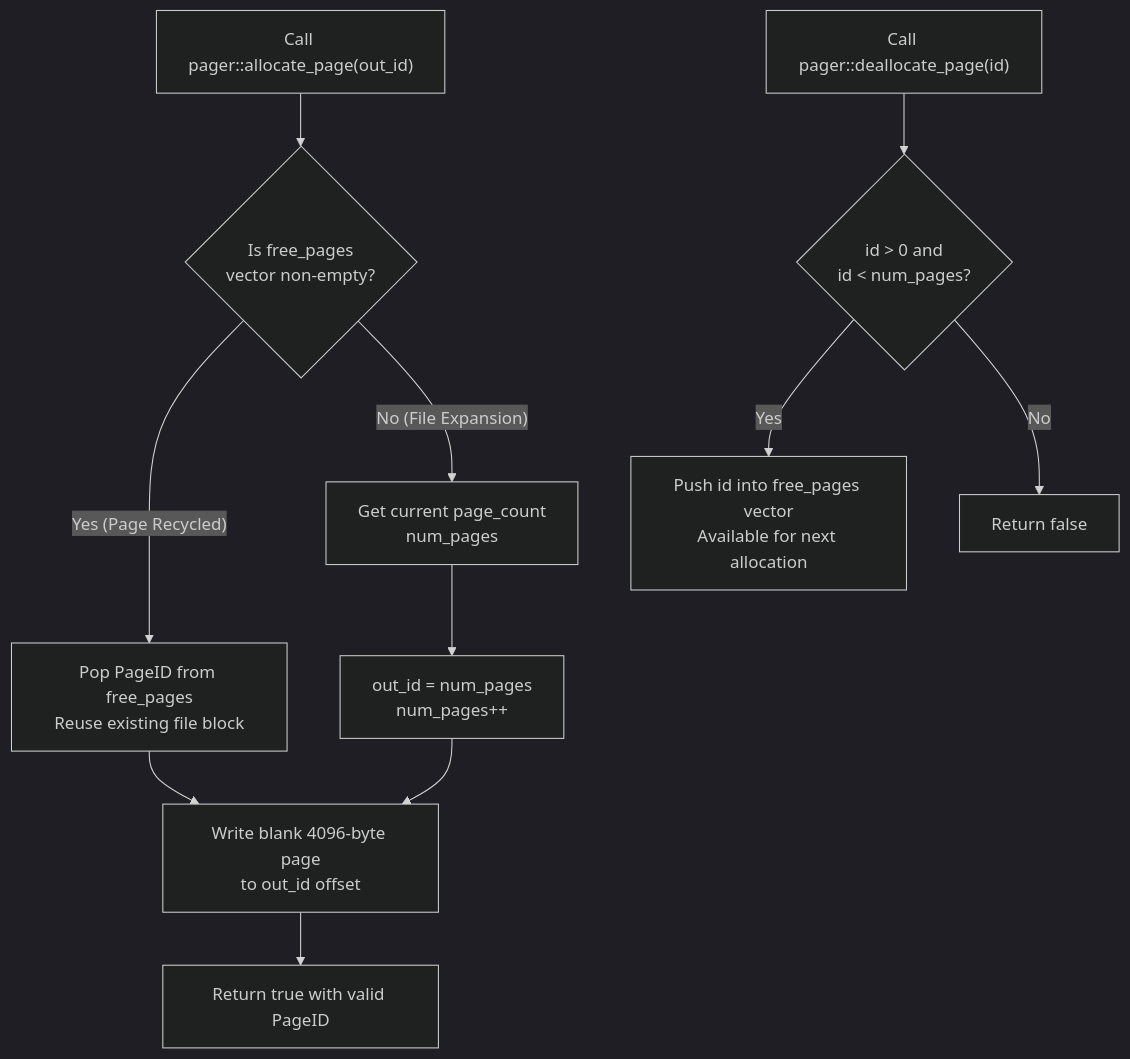
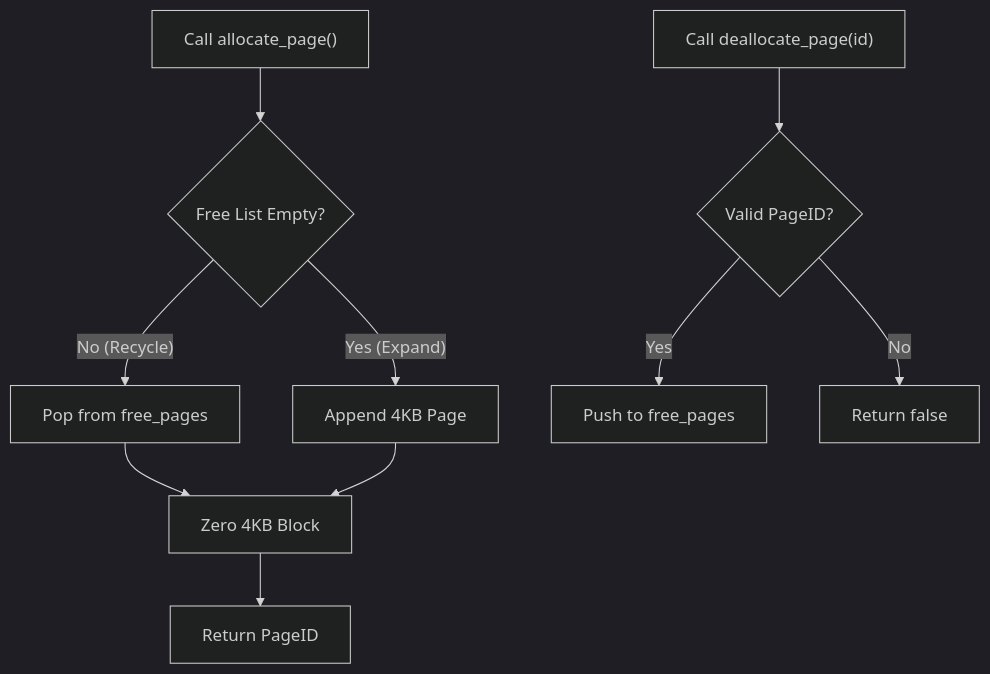
The second of 2 diagrams in docs/architecture/pager.md (KAAZamapiloT/QUARTZ_DB), drawn with Mermaid (dark theme) before and after one commit. The commit also changed other lines of this file and 27 other files, not shown here.

````diff
--- a/docs/architecture/pager.md
+++ b/docs/architecture/pager.md
@@ -96,17 +49,15 @@
 ```mermaid
 flowchart TD
-    Start["Call pager::allocate_page(out_id)"] --> CheckFree{"Is free_pages<br>vector non-empty?"}
+    Start["Call allocate_page()"] --> CheckFree{"Free List Empty?"}
     
-    CheckFree -- "Yes (Page Recycled)" --> PopFree["Pop PageID from free_pages<br>Reuse existing file block"]
-    CheckFree -- "No (File Expansion)" --> CheckBounds["Get current page_count<br>num_pages"]
+    CheckFree -- "No (Recycle)" --> PopFree["Pop from free_pages"]
+    CheckFree -- "Yes (Expand)" --> NewID["Append 4KB Page"]
     
-    CheckBounds --> NewID["out_id = num_pages<br>num_pages++"]
-    PopFree --> InitZero["Write blank 4096-byte page<br>to out_id offset"]
+    PopFree --> InitZero["Zero 4KB Block"]
     NewID --> InitZero
-    
-    InitZero --> Success["Return true with valid PageID"]
+    InitZero --> Success["Return PageID"]
 
-    Dealloc["Call pager::deallocate_page(id)"] --> Validate{"id &gt; 0 and<br>id &lt; num_pages?"}
-    Validate -- Yes --> PushFree["Push id into free_pages vector<br>Available for next allocation"]
-    Validate -- No --> Fail["Return false"]
+    Dealloc["Call deallocate_page(id)"] --> Validate{"Valid PageID?"}
+    Validate -- "Yes" --> PushFree["Push to free_pages"]
+    Validate -- "No" --> Fail["Return false"]
 ```
````
